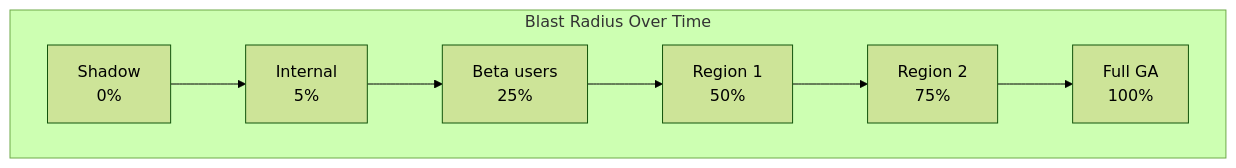
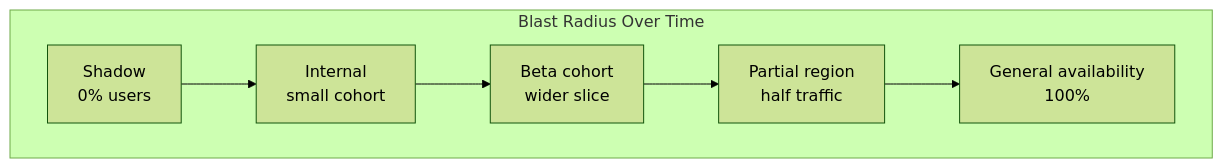
One commit to kube-dojo/kube-dojo changed the first of 2 diagrams in src/content/docs/platform/disciplines/delivery-automation/release-engineering/module-1.1-release-strategies.md. Above: the diagram before and after it, drawn with Mermaid (forest theme). The commit also changed other lines of this file, not shown here.

````diff
--- a/src/content/docs/platform/disciplines/delivery-automation/release-engineering/module-1.1-release-strategies.md
+++ b/src/content/docs/platform/disciplines/delivery-automation/release-engineering/module-1.1-release-strategies.md
@@ -75,11 +59,10 @@
 ```mermaid
 graph LR
     subgraph Time [Blast Radius Over Time]
         direction LR
-        S[Shadow<br/>0%] --> I[Internal<br/>5%]
-        I --> B[Beta users<br/>25%]
-        B --> R1[Region 1<br/>50%]
-        R1 --> R2[Region 2<br/>75%]
-        R2 --> GA[Full GA<br/>100%]
+        S[Shadow<br/>0% users] --> I[Internal<br/>small cohort]
+        I --> B[Beta cohort<br/>wider slice]
+        B --> R1[Partial region<br/>half traffic]
+        R1 --> GA[General availability<br/>100%]
     end
 ```
````
